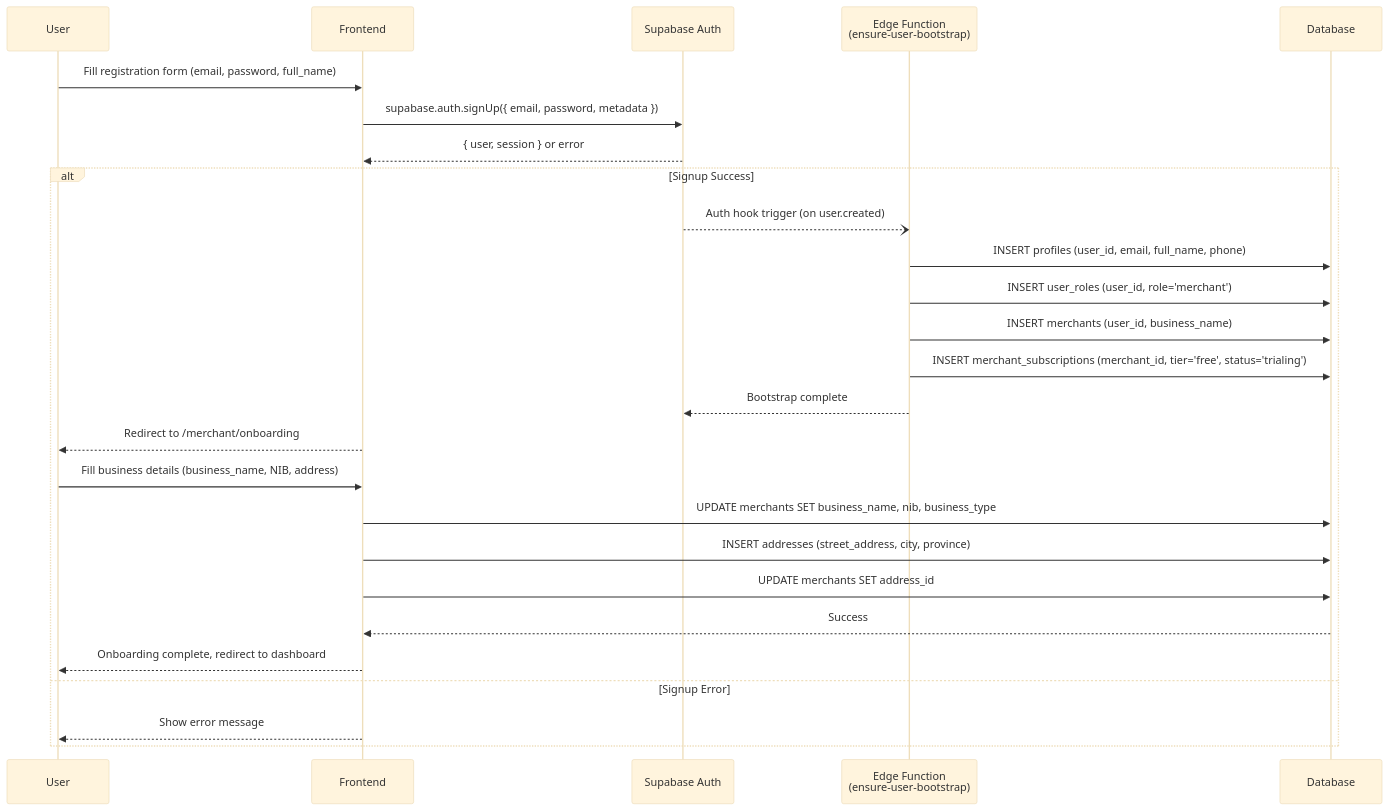
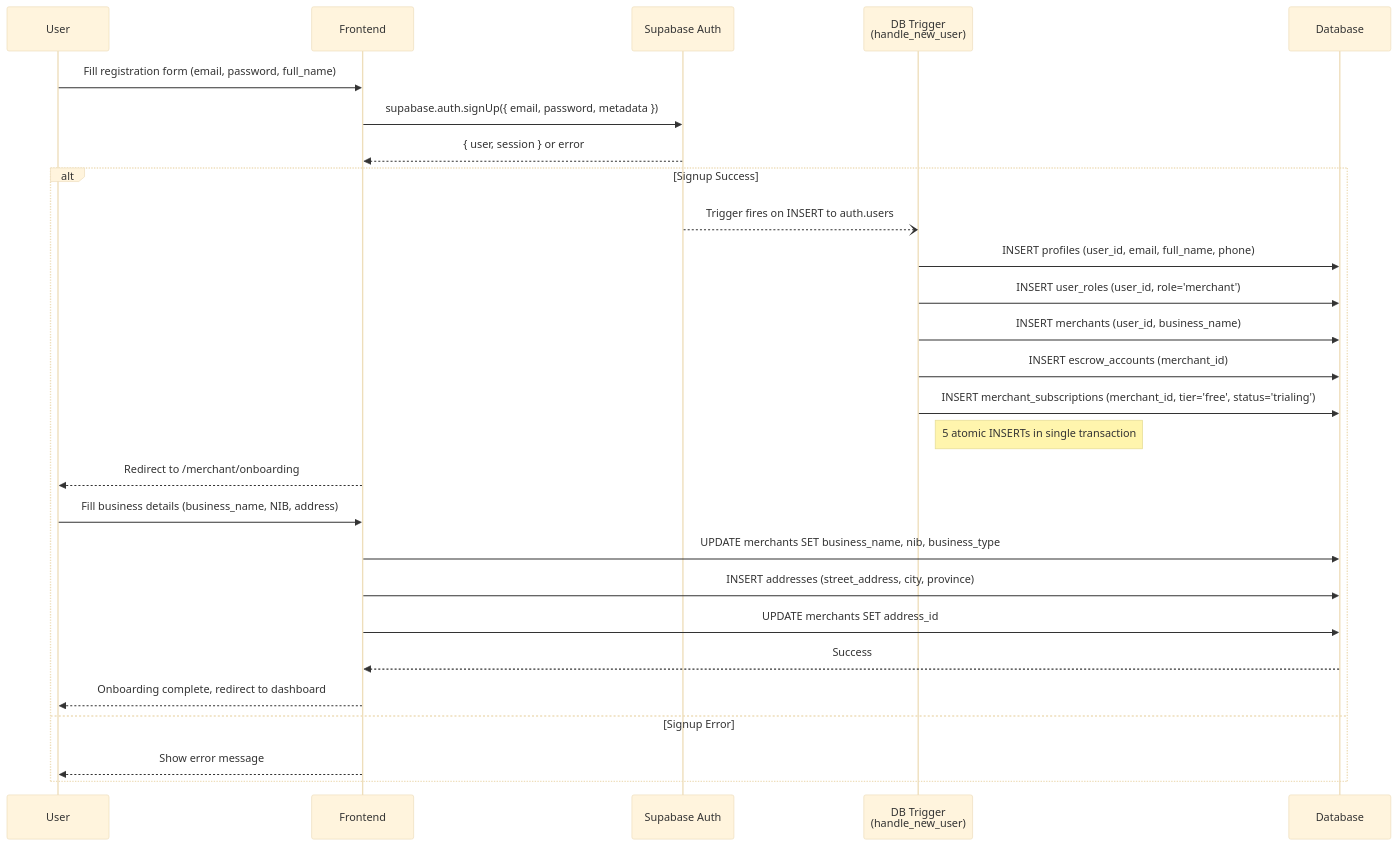
Before and after one commit to itsramaa/Sistem-Hunian: the first of 17 diagrams in old-docs/merchant_sequence_diagram.md, drawn with Mermaid (base theme). The commit also changed other lines of this file, not shown here.

````diff
--- a/old-docs/merchant_sequence_diagram.md
+++ b/old-docs/merchant_sequence_diagram.md
@@ -40,31 +40,32 @@
 ```mermaid
 sequenceDiagram
     participant U as User
     participant FE as Frontend
     participant Auth as Supabase Auth
-    participant EF as Edge Function<br/>(ensure-user-bootstrap)
+    participant TR as DB Trigger<br/>(handle_new_user)
     participant DB as Database
 
     U->>FE: Fill registration form (email, password, full_name)
     FE->>Auth: supabase.auth.signUp({ email, password, metadata })
     Auth-->>FE: { user, session } or error
 
     alt Signup Success
-        Auth--)EF: Auth hook trigger (on user.created)
-        EF->>DB: INSERT profiles (user_id, email, full_name, phone)
-        EF->>DB: INSERT user_roles (user_id, role='merchant')
-        EF->>DB: INSERT merchants (user_id, business_name)
-        EF->>DB: INSERT merchant_subscriptions (merchant_id, tier='free', status='trialing')
-        EF-->>Auth: Bootstrap complete
+        Auth--)TR: Trigger fires on INSERT to auth.users
+        TR->>DB: INSERT profiles (user_id, email, full_name, phone)
+        TR->>DB: INSERT user_roles (user_id, role='merchant')
+        TR->>DB: INSERT merchants (user_id, business_name)
+        TR->>DB: INSERT escrow_accounts (merchant_id)
+        TR->>DB: INSERT merchant_subscriptions (merchant_id, tier='free', status='trialing')
+        Note right of TR: 5 atomic INSERTs in single transaction
 
         FE-->>U: Redirect to /merchant/onboarding
         U->>FE: Fill business details (business_name, NIB, address)
         FE->>DB: UPDATE merchants SET business_name, nib, business_type
         FE->>DB: INSERT addresses (street_address, city, province)
         FE->>DB: UPDATE merchants SET address_id
         DB-->>FE: Success
         FE-->>U: Onboarding complete, redirect to dashboard
     else Signup Error
         FE-->>U: Show error message
     end
 ```
````
